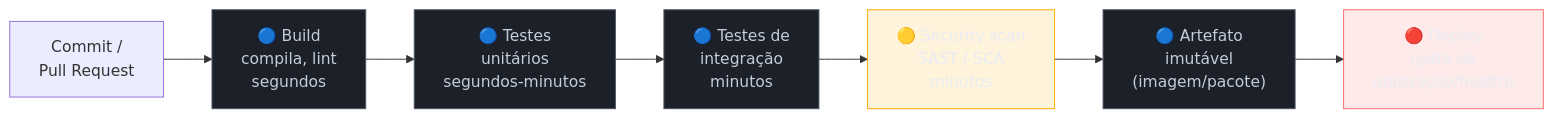
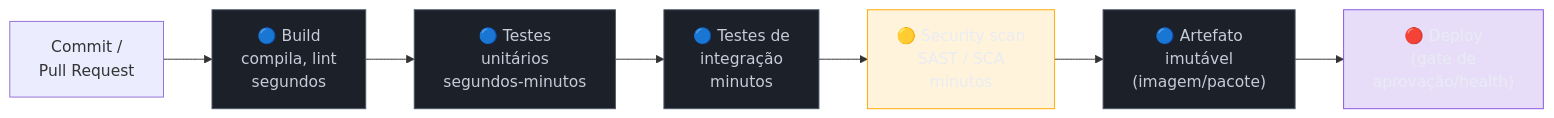
One commit to josenaldo/codex-technomanticus changed the second of 3 diagrams in 03-Dominios/Engenharia/Operação/2 - Entrega e release/01 - Pipeline de CI-CD como decisão de design.md. Above: the diagram before and after it, drawn with Mermaid. The commit also changed 601 other files, not shown here.

````diff
--- a/03-Dominios/Engenharia/Operação/2 - Entrega e release/01 - Pipeline de CI-CD como decisão de design.md
+++ b/03-Dominios/Engenharia/Operação/2 - Entrega e release/01 - Pipeline de CI-CD como decisão de design.md
@@ -61,19 +61,19 @@
 ```mermaid
 graph LR
+    classDef marca fill:#8855DF33,stroke:#8855DF,color:#E9ECF2
     classDef neutro fill:#1B2029,stroke:#4E5666,color:#C6CCD8
     classDef destaque fill:#FFAA0024,stroke:#FFAA00,color:#E9ECF2
-    classDef falha fill:#FF6B6B24,stroke:#FF6B6B,color:#E9ECF2
     COMMIT["Commit /<br/>Pull Request"] --> BUILD["🔵 Build<br/>compila, lint<br/>segundos"]
     BUILD --> UNIT["🔵 Testes<br/>unitários<br/>segundos-minutos"]
     UNIT --> INTEG["🔵 Testes de<br/>integração<br/>minutos"]
     INTEG --> SCAN["🟡 Security scan<br/>SAST / SCA<br/>minutos"]
     SCAN --> ART["🔵 Artefato<br/>imutável<br/>(imagem/pacote)"]
     ART --> DEPLOY["🔴 Deploy<br/>(gate de<br/>aprovação/health)"]
 
     class BUILD neutro
     class UNIT neutro
     class INTEG neutro
     class SCAN destaque
     class ART neutro
-    class DEPLOY falha
+    class DEPLOY marca
 ```
````
